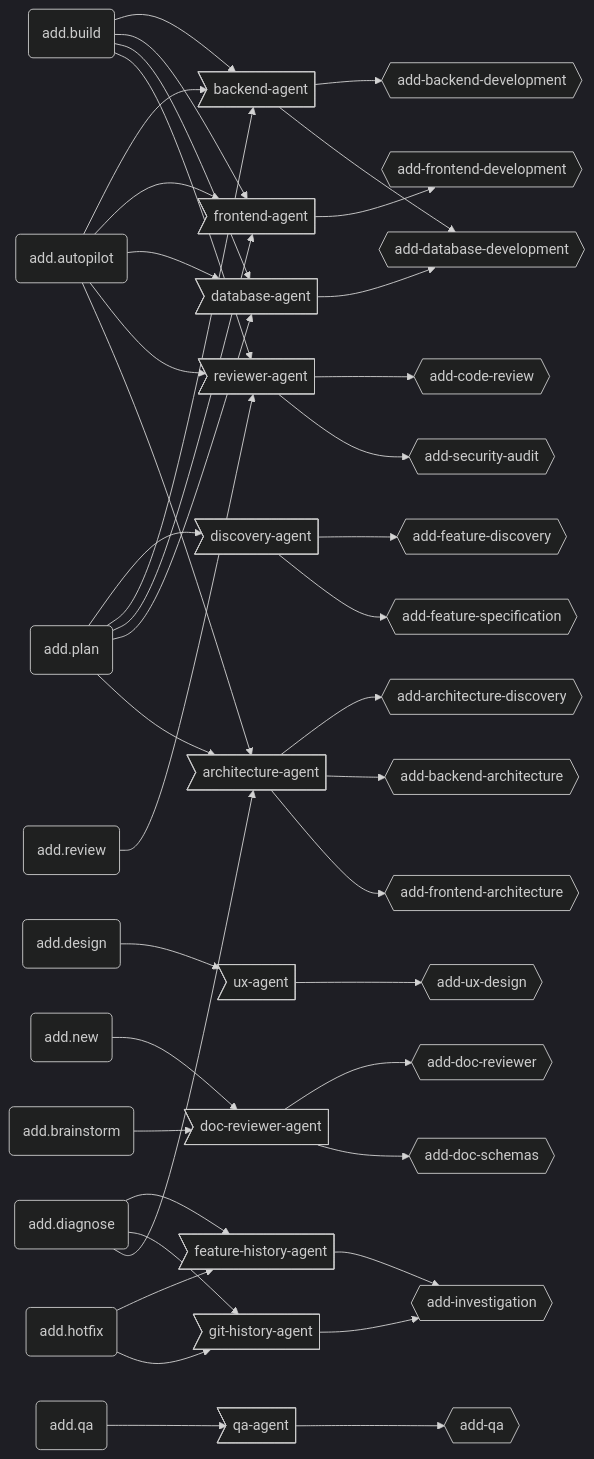
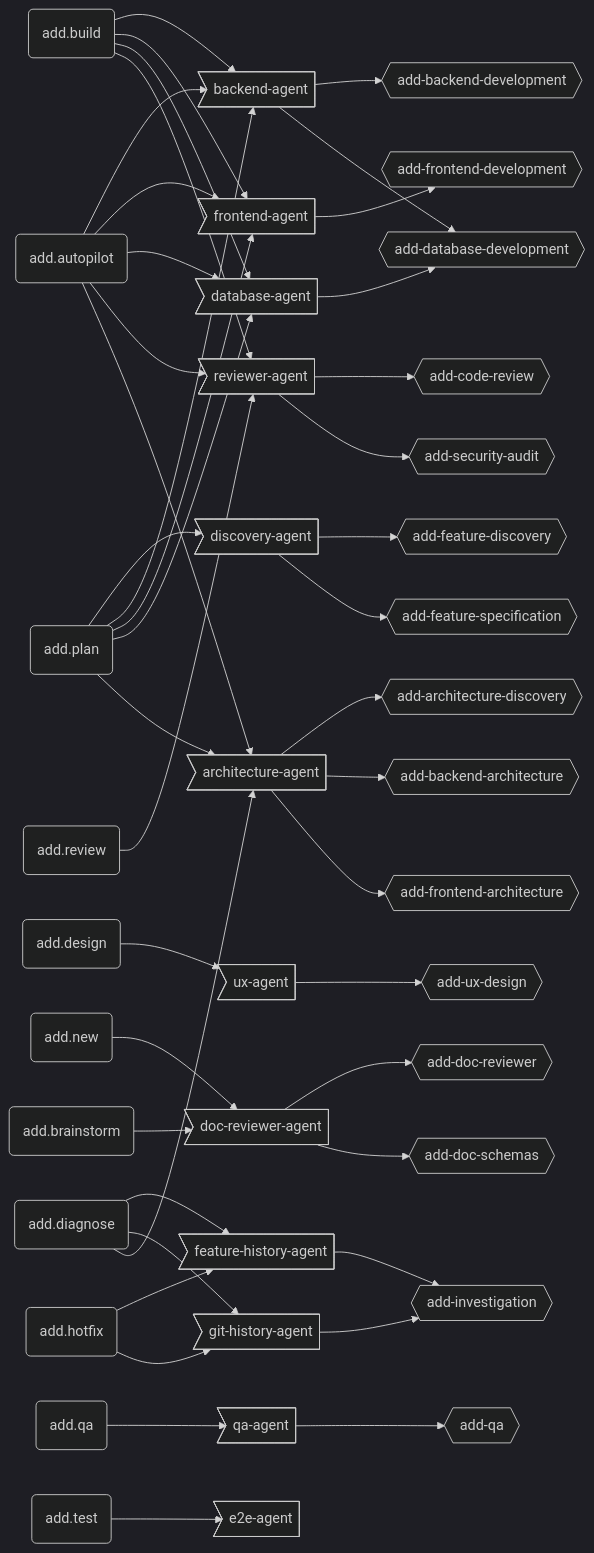
Before and after one commit to brabos-ai/code-addiction: the third of 4 diagrams in ecosystem.md, drawn with Mermaid (dark theme). The commit also changed other lines of this file and 5 other files, not shown here.

````diff
--- a/ecosystem.md
+++ b/ecosystem.md
@@ -102,64 +103,67 @@
 ```mermaid
 graph LR
   AUTO(add.autopilot)
   BUILD(add.build)
   DESIGN(add.design)
   NEW(add.new)
   DIAGNOSE(add.diagnose)
   HOTFIX(add.hotfix)
   REVIEW(add.review)
   PLAN(add.plan)
   BRAINSTORM(add.brainstorm)
   QA(add.qa)
+  TEST(add.test)
 
   BA>backend-agent]
   FA>frontend-agent]
   DA>database-agent]
   RA>reviewer-agent]
   UXA>ux-agent]
   DISCO>discovery-agent]
   DOCR>doc-reviewer-agent]
   ARCH>architecture-agent]
   FHA>feature-history-agent]
   GHA>git-history-agent]
   QAA>qa-agent]
+  E2EA>e2e-agent]
 
   BE{{add-backend-development}}
   FE{{add-frontend-development}}
   DB{{add-database-development}}
   CR{{add-code-review}}
   SA{{add-security-audit}}
   UX{{add-ux-design}}
   FD{{add-feature-discovery}}
   FS{{add-feature-specification}}
   DR{{add-doc-reviewer}}
   DS{{add-doc-schemas}}
   AD{{add-architecture-discovery}}
   BARCH{{add-backend-architecture}}
   FARCH{{add-frontend-architecture}}
   IV{{add-investigation}}
   QSK{{add-qa}}
 
   AUTO --> BA & FA & DA & RA & ARCH
   BUILD --> BA & FA & DA & RA
   DESIGN --> UXA
   NEW --> DOCR
   PLAN --> DISCO & BA & FA & DA & ARCH
   REVIEW --> RA
   BRAINSTORM --> DOCR
   DIAGNOSE --> FHA & GHA & ARCH
   HOTFIX --> FHA & GHA
   QA --> QAA
+  TEST --> E2EA
 
   BA --> BE & DB
   FA --> FE
   DA --> DB
   RA --> CR & SA
   UXA --> UX
   DISCO --> FD & FS
   DOCR --> DR & DS
   ARCH --> AD & BARCH & FARCH
   FHA --> IV
   GHA --> IV
   QAA --> QSK
 ```
````
